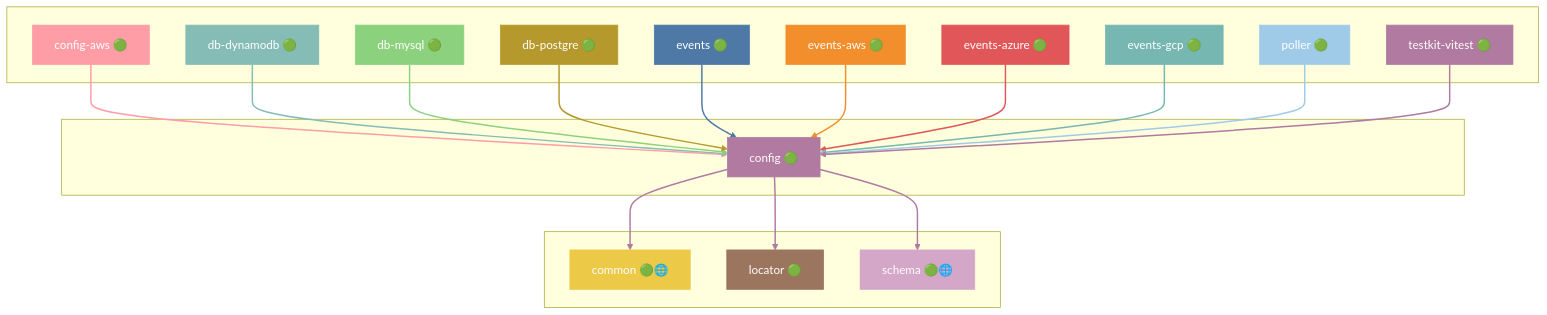
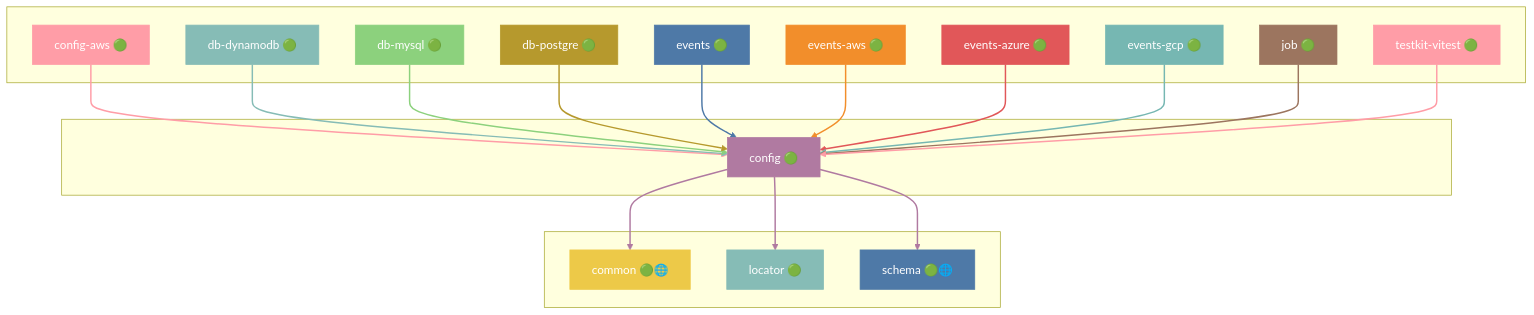
Before and after one commit to grest-ts/grest-ts: the eighth of 48 diagrams in docs/DEPENDENCIES.md, drawn with Mermaid. The commit also changed other lines of this file and 78 other files, not shown here.

````diff
--- a/docs/DEPENDENCIES.md
+++ b/docs/DEPENDENCIES.md
@@ -651,63 +657,63 @@
 ```mermaid
 flowchart TB
     subgraph Dependents[" "]
         config-aws["config-aws 🟢"]
         db-dynamodb["db-dynamodb 🟢"]
         db-mysql["db-mysql 🟢"]
         db-postgre["db-postgre 🟢"]
         events["events 🟢"]
         events-aws["events-aws 🟢"]
         events-azure["events-azure 🟢"]
         events-gcp["events-gcp 🟢"]
-        poller["poller 🟢"]
+        job["job 🟢"]
         testkit-vitest["testkit-vitest 🟢"]
     end
     subgraph Package[" "]
         config["config 🟢"]
     end
     subgraph Dependencies[" "]
         common["common 🟢🌐"]
         locator["locator 🟢"]
         schema["schema 🟢🌐"]
     end
     config-aws --> config
     db-dynamodb --> config
     db-mysql --> config
     db-postgre --> config
     events --> config
     events-aws --> config
     events-azure --> config
     events-gcp --> config
-    poller --> config
+    job --> config
     testkit-vitest --> config
     config --> common
     config --> locator
     config --> schema
     style config fill:#B07AA1,stroke:#B07AA1,color:#fff
     style config-aws fill:#FF9DA7,stroke:#FF9DA7,color:#fff
     style db-dynamodb fill:#86BCB6,stroke:#86BCB6,color:#fff
     style db-mysql fill:#8CD17D,stroke:#8CD17D,color:#fff
     style db-postgre fill:#B6992D,stroke:#B6992D,color:#fff
     style events fill:#4E79A7,stroke:#4E79A7,color:#fff
     style events-aws fill:#F28E2B,stroke:#F28E2B,color:#fff
     style events-azure fill:#E15759,stroke:#E15759,color:#fff
     style events-gcp fill:#76B7B2,stroke:#76B7B2,color:#fff
-    style poller fill:#A0CBE8,stroke:#A0CBE8,color:#fff
-    style testkit-vitest fill:#B07AA1,stroke:#B07AA1,color:#fff
+    style job fill:#9C755F,stroke:#9C755F,color:#fff
+    style testkit-vitest fill:#FF9DA7,stroke:#FF9DA7,color:#fff
     style common fill:#EDC948,stroke:#EDC948,color:#fff
-    style locator fill:#9C755F,stroke:#9C755F,color:#fff
-    style schema fill:#D4A6C8,stroke:#D4A6C8,color:#fff
+    style locator fill:#86BCB6,stroke:#86BCB6,color:#fff
+    style schema fill:#4E79A7,stroke:#4E79A7,color:#fff
     linkStyle 0 stroke:#FF9DA7,stroke-width:2px
     linkStyle 1 stroke:#86BCB6,stroke-width:2px
     linkStyle 2 stroke:#8CD17D,stroke-width:2px
     linkStyle 3 stroke:#B6992D,stroke-width:2px
     linkStyle 4 stroke:#4E79A7,stroke-width:2px
     linkStyle 5 stroke:#F28E2B,stroke-width:2px
     linkStyle 6 stroke:#E15759,stroke-width:2px
     linkStyle 7 stroke:#76B7B2,stroke-width:2px
-    linkStyle 8 stroke:#A0CBE8,stroke-width:2px
-    linkStyle 9 stroke:#B07AA1,stroke-width:2px
+    linkStyle 8 stroke:#9C755F,stroke-width:2px
+    linkStyle 9 stroke:#FF9DA7,stroke-width:2px
     linkStyle 10 stroke:#B07AA1,stroke-width:2px
     linkStyle 11 stroke:#B07AA1,stroke-width:2px
     linkStyle 12 stroke:#B07AA1,stroke-width:2px
 ```
````
